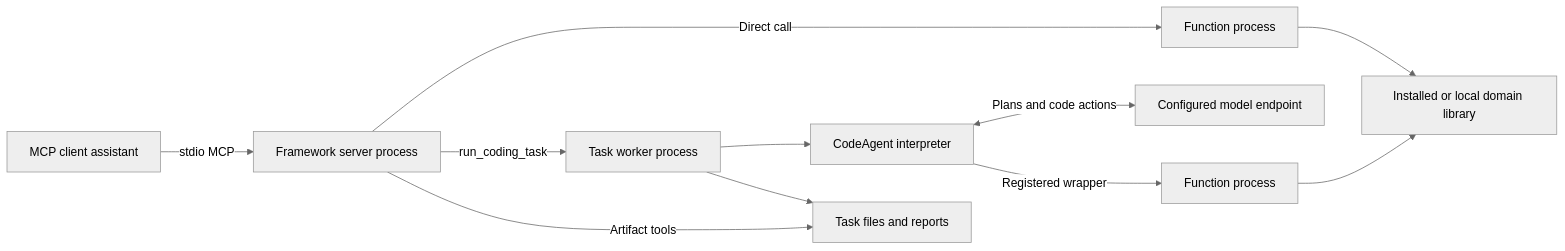
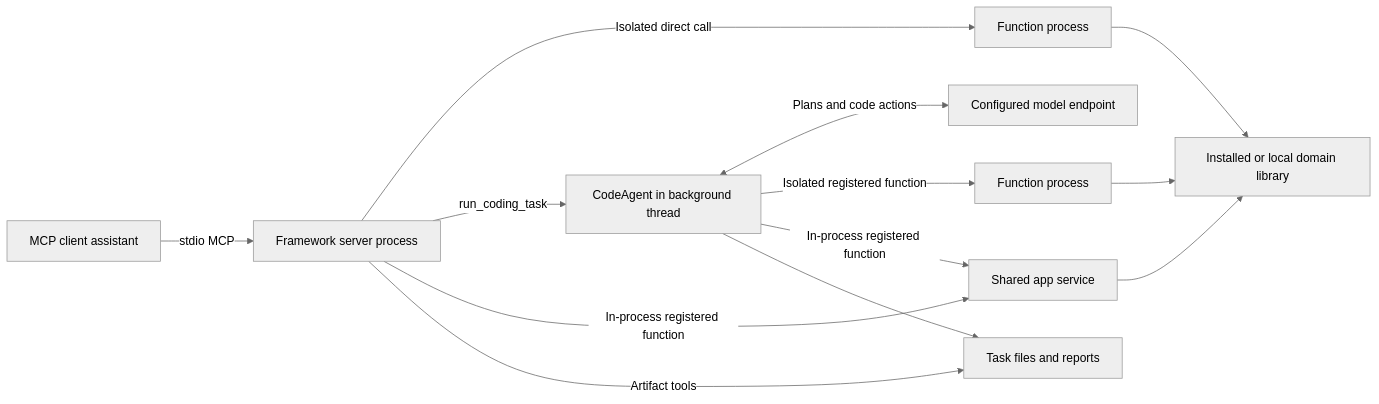
The second of 2 diagrams in README.md (RuichengGeng/quant-mcp-poc), drawn with Mermaid (neutral theme) before and after one commit. The commit also changed other lines of this file and 9 other files, not shown here.

````diff
--- a/README.md
+++ b/README.md
@@ -933,13 +983,15 @@
 ```mermaid
 flowchart LR
     Client[MCP client assistant] -->|stdio MCP| Server[Framework server process]
-    Server -->|Direct call| Direct[Function process]
-    Server -->|run_coding_task| Task[Task worker process]
-    Task --> Agent[CodeAgent interpreter]
+    Server -->|Isolated direct call| Direct[Function process]
+    Server -->|run_coding_task| Agent[CodeAgent in background thread]
     Agent <-->|Plans and code actions| Model[Configured model endpoint]
-    Agent -->|Registered wrapper| Function[Function process]
+    Agent -->|Isolated registered function| Function[Function process]
+    Server -->|In-process registered function| Service[Shared app service]
+    Agent -->|In-process registered function| Service
     Direct --> Library[Installed or local domain library]
     Function --> Library
-    Task --> Files[Task files and reports]
+    Service --> Library
+    Agent --> Files[Task files and reports]
     Server -->|Artifact tools| Files
 ```
````
